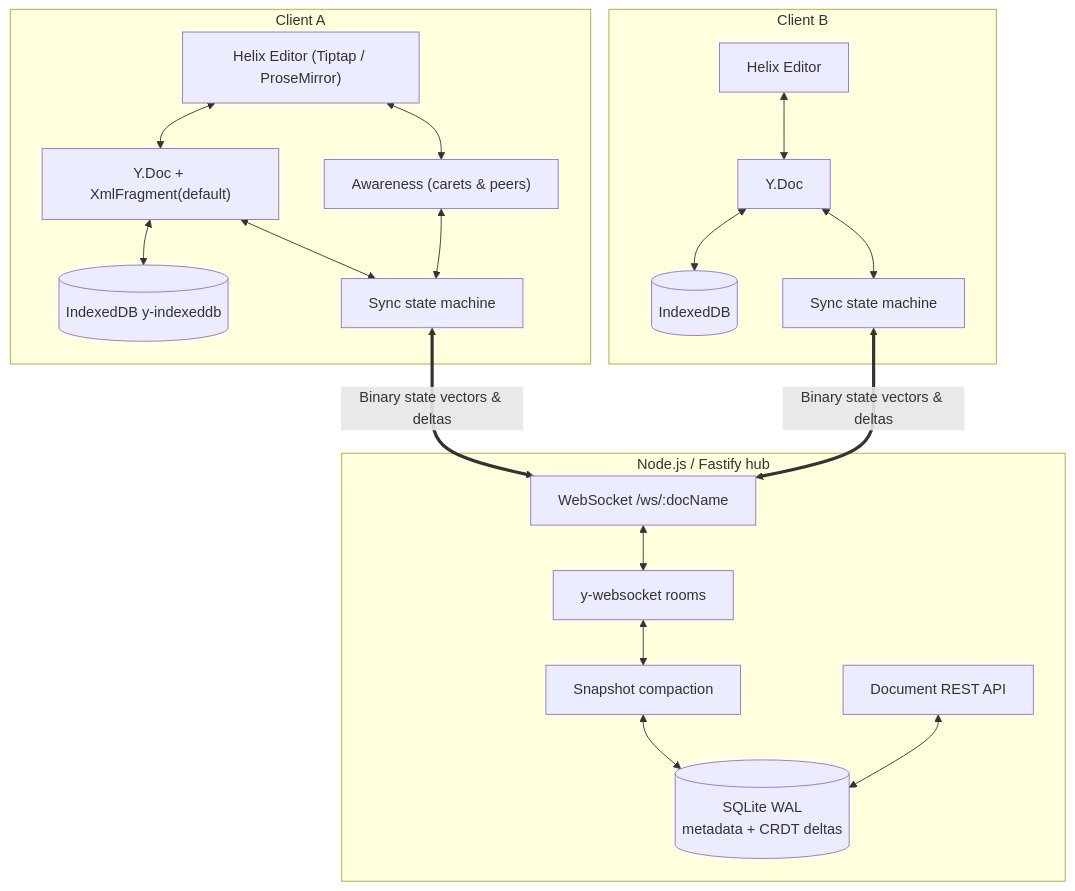
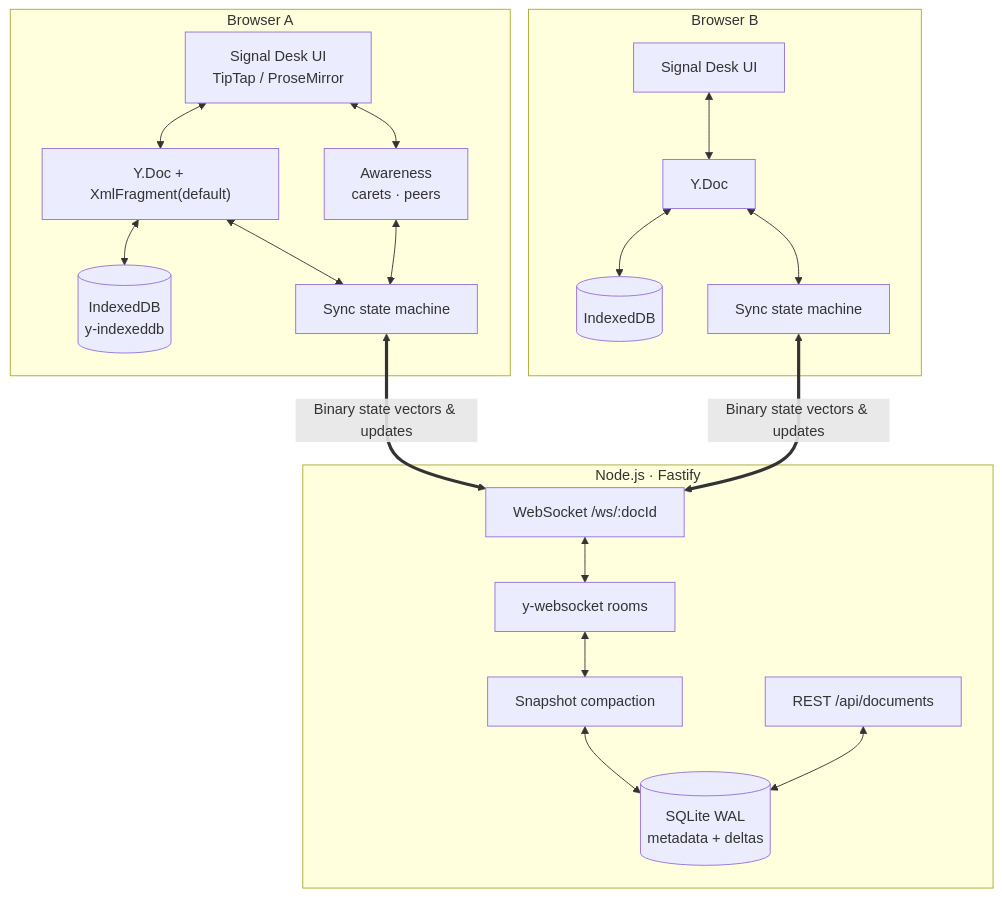
The first of 2 diagrams in README.md (sevara-s/ProTrux-docs), drawn with Mermaid before and after one commit. The commit also changed other lines of this file and 40 other files, not shown here.

````diff
--- a/README.md
+++ b/README.md
@@ -28,43 +70,43 @@
 ```mermaid
 flowchart TB
-    subgraph Browser_A ["Client A"]
-        Editor_A["Helix Editor (Tiptap / ProseMirror)"]
-        YDoc_A["Y.Doc + XmlFragment(default)"]
-        Awareness_A["Awareness (carets & peers)"]
-        IDB_A[("IndexedDB y-indexeddb")]
-        Sync_A["Sync state machine"]
+    subgraph Client_A ["Browser A"]
+        UI_A["Signal Desk UI<br/>TipTap / ProseMirror"]
+        Y_A["Y.Doc + XmlFragment(default)"]
+        AW_A["Awareness<br/>carets · peers"]
+        IDB_A[("IndexedDB<br/>y-indexeddb")]
+        SM_A["Sync state machine"]
 
-        Editor_A <--> YDoc_A
-        Editor_A <--> Awareness_A
-        YDoc_A <--> IDB_A
-        YDoc_A <--> Sync_A
-        Awareness_A <--> Sync_A
+        UI_A <--> Y_A
+        UI_A <--> AW_A
+        Y_A <--> IDB_A
+        Y_A <--> SM_A
+        AW_A <--> SM_A
     end
 
-    subgraph Browser_B ["Client B"]
-        Editor_B["Helix Editor"]
-        YDoc_B["Y.Doc"]
+    subgraph Client_B ["Browser B"]
+        UI_B["Signal Desk UI"]
+        Y_B["Y.Doc"]
         IDB_B[("IndexedDB")]
-        Sync_B["Sync state machine"]
+        SM_B["Sync state machine"]
 
-        Editor_B <--> YDoc_B
-        YDoc_B <--> IDB_B
-        YDoc_B <--> Sync_B
+        UI_B <--> Y_B
+        Y_B <--> IDB_B
+        Y_B <--> SM_B
     end
 
-    subgraph Server ["Node.js / Fastify hub"]
-        WSS["WebSocket /ws/:docName"]
-        RoomHub["y-websocket rooms"]
-        Compaction["Snapshot compaction"]
-        REST["Document REST API"]
-        DB[("SQLite WAL\nmetadata + CRDT deltas")]
+    subgraph Hub ["Node.js · Fastify"]
+        WS["WebSocket /ws/:docId"]
+        Rooms["y-websocket rooms"]
+        Compact["Snapshot compaction"]
+        REST["REST /api/documents"]
+        DB[("SQLite WAL<br/>metadata + deltas")]
 
-        WSS <--> RoomHub
-        RoomHub <--> Compaction
-        Compaction <--> DB
+        WS <--> Rooms
+        Rooms <--> Compact
+        Compact <--> DB
         REST <--> DB
     end
 
-    Sync_A <== "Binary state vectors & deltas" ==> WSS
-    Sync_B <== "Binary state vectors & deltas" ==> WSS
+    SM_A <== "Binary state vectors & updates" ==> WS
+    SM_B <== "Binary state vectors & updates" ==> WS
 ```
````
